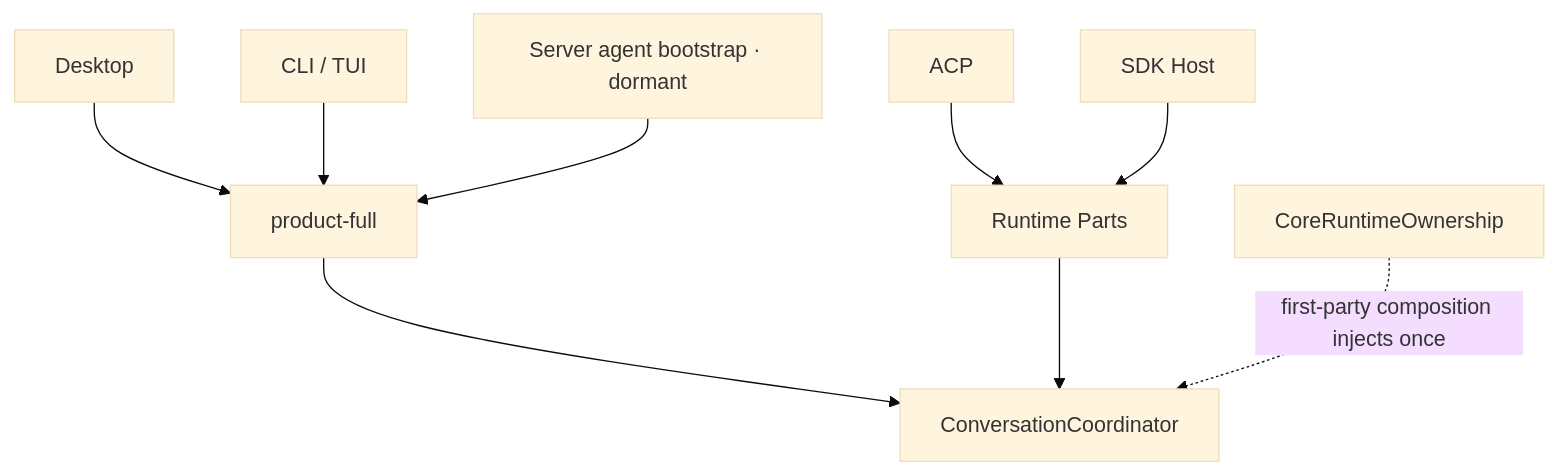
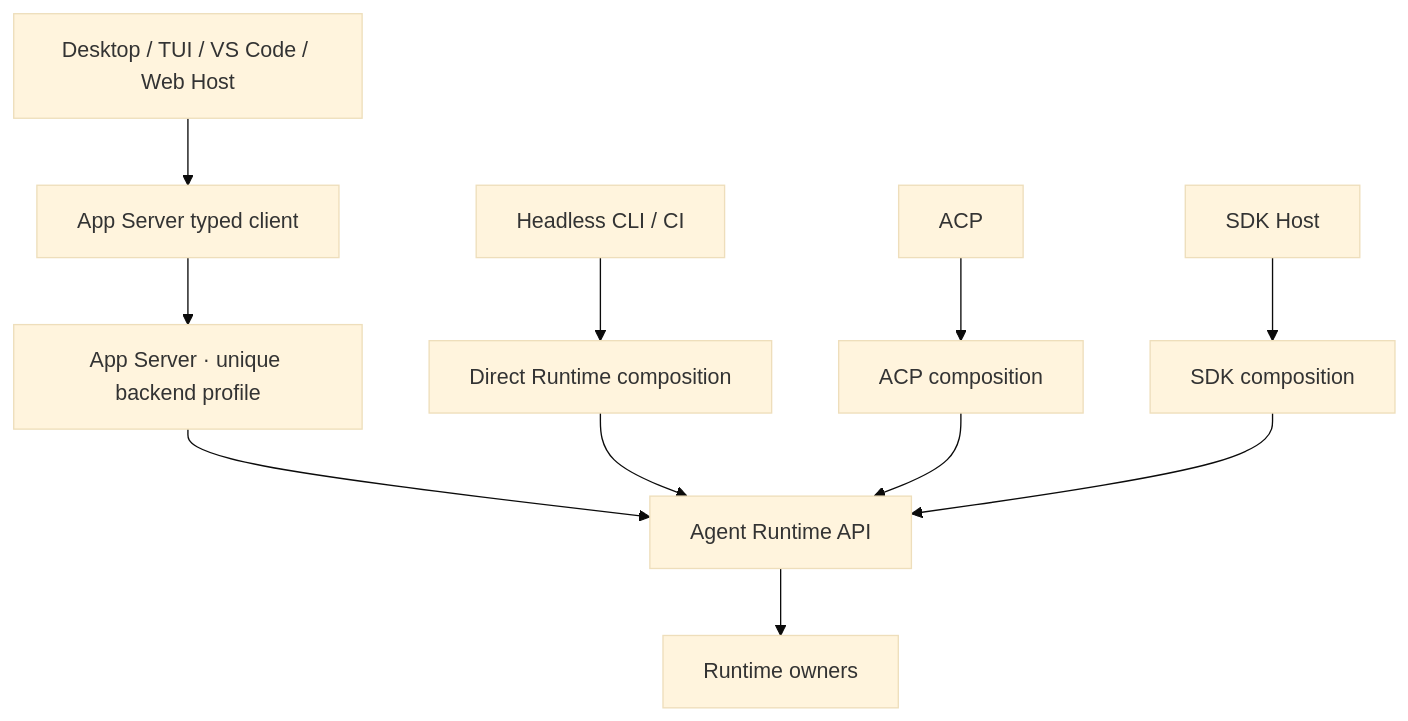
Diagram 12 of 12 in docs/architecture/product-architecture.md (GCWing/BitFun), drawn with Mermaid (base theme) before and after one commit. The commit also changed other lines of this file and 15 other files, not shown here.

Commit message:
feat(doct): add app server design

````diff
--- a/docs/architecture/product-architecture.md
+++ b/docs/architecture/product-architecture.md
@@ -717,12 +824,14 @@
 ```mermaid
 flowchart TB
-  Desktop["Desktop"] --> Full["product-full"]
-  CLI["CLI / TUI"] --> Full
-  ACP["ACP"] --> Parts["Runtime Parts"]
-  SDKHost["SDK Host"] --> Parts
-  ServerBootstrap["Server agent bootstrap · dormant"] --> Full
+  Rich["Desktop / TUI / VS Code / Web Host"] --> AppClient["App Server typed client"]
+  AppClient --> App["App Server · unique backend profile"]
+  Headless["Headless CLI / CI"] --> Direct["Direct Runtime composition"]
+  ACP["ACP"] --> ACPParts["ACP composition"]
+  SDKHost["SDK Host"] --> SDKParts["SDK composition"]
 
-  Full --> Coordinator["ConversationCoordinator"]
-  Parts --> Coordinator
-  Ownership["CoreRuntimeOwnership"] -. "first-party composition injects once" .-> Coordinator
+  App --> RuntimeAPI["Agent Runtime API"]
+  Direct --> RuntimeAPI
+  ACPParts --> RuntimeAPI
+  SDKParts --> RuntimeAPI
+  RuntimeAPI --> Coordinator["Runtime owners"]
 ```
````
